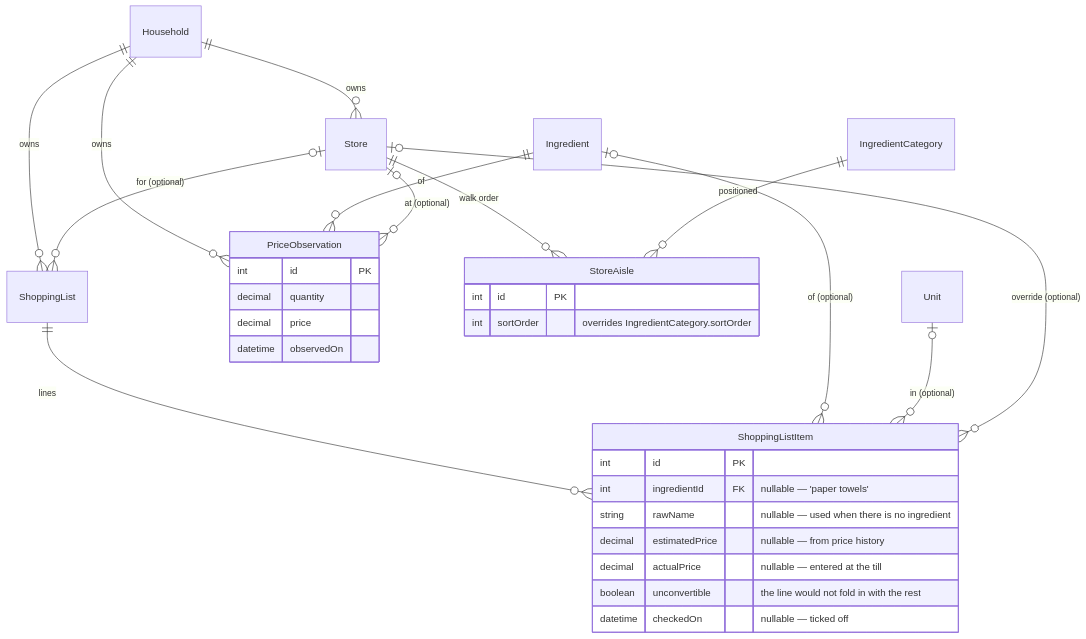
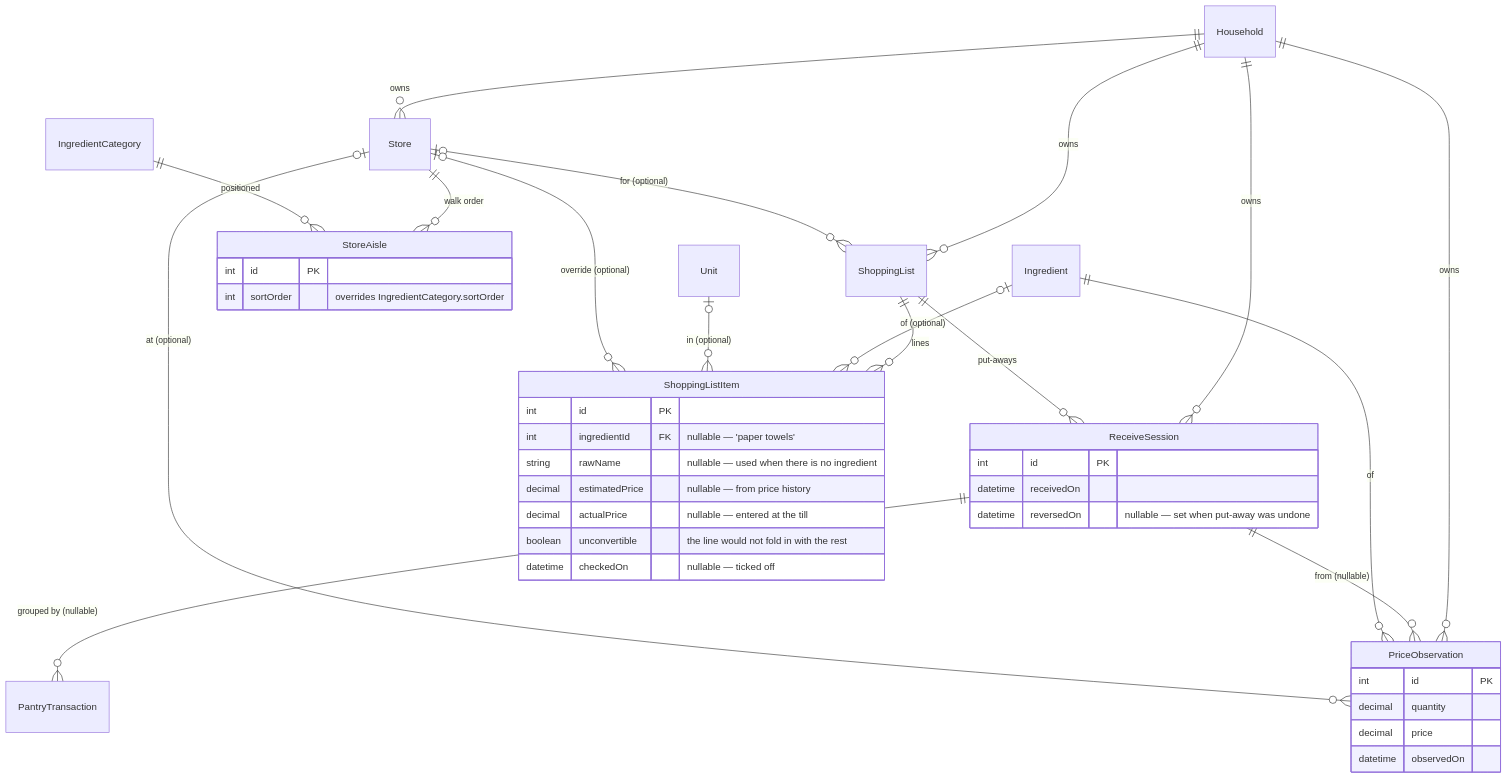
The seventh of 7 diagrams in ERD.md (danjsouther/kitchen), drawn with Mermaid before and after one commit. The commit also changed other lines of this file and 15 other files, not shown here.

First line of the commit message:
Allow shopping put-away across locations and undo a mistaken receive.

````diff
--- a/ERD.md
+++ b/ERD.md
@@ -333,35 +333,44 @@
 ```mermaid
 erDiagram
   Household ||--o{ Store : "owns"
   Household ||--o{ ShoppingList : "owns"
+  Household ||--o{ ReceiveSession : "owns"
   Household ||--o{ PriceObservation : "owns"
   Store ||--o{ StoreAisle : "walk order"
   IngredientCategory ||--o{ StoreAisle : "positioned"
   Store |o--o{ ShoppingList : "for (optional)"
   ShoppingList ||--o{ ShoppingListItem : "lines"
+  ShoppingList ||--o{ ReceiveSession : "put-aways"
   Ingredient |o--o{ ShoppingListItem : "of (optional)"
   Unit |o--o{ ShoppingListItem : "in (optional)"
   Store |o--o{ ShoppingListItem : "override (optional)"
+  ReceiveSession ||--o{ PantryTransaction : "grouped by (nullable)"
+  ReceiveSession ||--o{ PriceObservation : "from (nullable)"
   Ingredient ||--o{ PriceObservation : "of"
   Store |o--o{ PriceObservation : "at (optional)"
 
   StoreAisle {
     int id PK
     int sortOrder "overrides IngredientCategory.sortOrder"
   }
   ShoppingListItem {
     int id PK
     int ingredientId FK "nullable — 'paper towels'"
     string rawName "nullable — used when there is no ingredient"
     decimal estimatedPrice "nullable — from price history"
     decimal actualPrice "nullable — entered at the till"
     boolean unconvertible "the line would not fold in with the rest"
     datetime checkedOn "nullable — ticked off"
   }
+  ReceiveSession {
+    int id PK
+    datetime receivedOn
+    datetime reversedOn "nullable — set when put-away was undone"
+  }
   PriceObservation {
     int id PK
     decimal quantity
     decimal price
     datetime observedOn
   }
 ```
````
